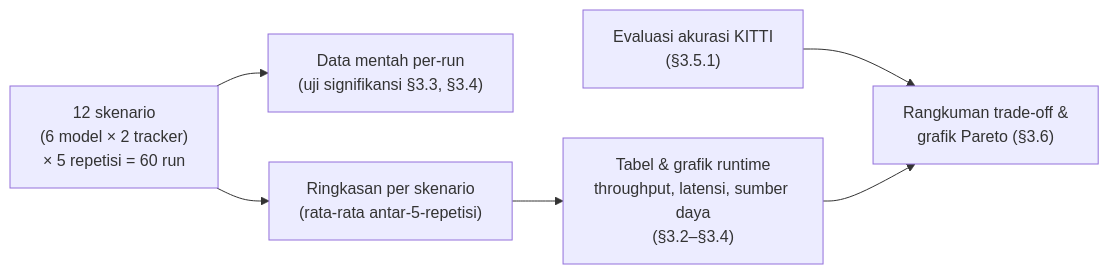
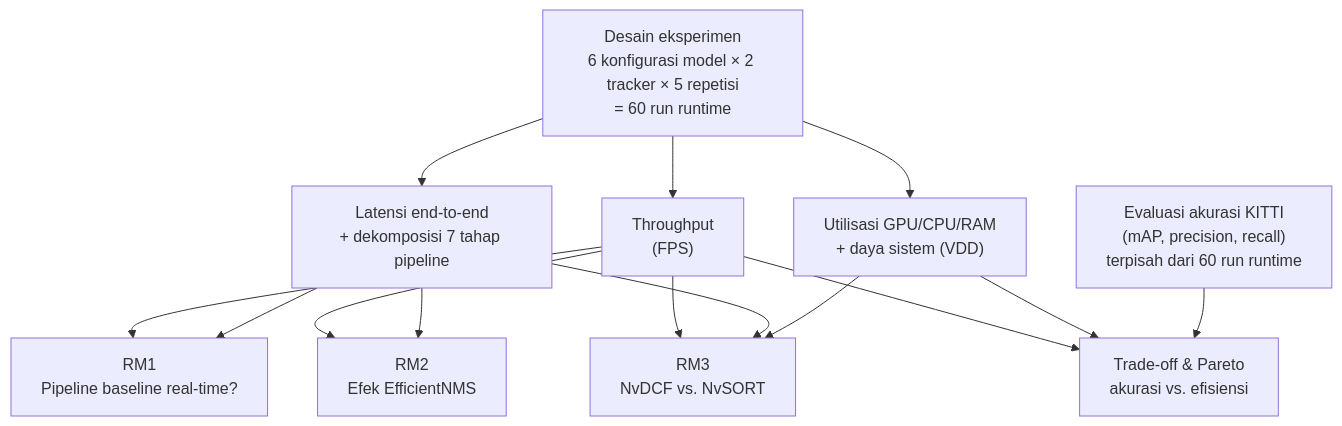
The diagram in skripsi/draft/BAB-3-Hasil-dan-Pembahasan.md (perdiDev/final-project), drawn with Mermaid before and after one commit. The commit also changed other lines of this file and 35 other files, not shown here.

````diff
--- a/skripsi/draft/BAB-3-Hasil-dan-Pembahasan.md
+++ b/skripsi/draft/BAB-3-Hasil-dan-Pembahasan.md
@@ -64,8 +70,23 @@
 ```mermaid
-flowchart LR
-    A["12 skenario<br/>(6 model × 2 tracker)<br/>× 5 repetisi = 60 run"] --> B["Data mentah per-run<br/>(uji signifikansi §3.3, §3.4)"]
-    A --> C["Ringkasan per skenario<br/>(rata-rata antar-5-repetisi)"]
-    C --> D["Tabel & grafik runtime<br/>throughput, latensi, sumber daya<br/>(§3.2–§3.4)"]
-    E["Evaluasi akurasi KITTI<br/>(§3.5.1)"] --> F["Rangkuman trade-off &<br/>grafik Pareto (§3.6)"]
-    D --> F
+flowchart TB
+    D["Desain eksperimen<br/>6 konfigurasi model × 2 tracker × 5 repetisi<br/>= 60 run runtime"]
+    ACC["Evaluasi akurasi KITTI<br/>(mAP, precision, recall)<br/>terpisah dari 60 run runtime"]
+
+    D --> FPS["Throughput<br/>(FPS)"]
+    D --> LAT["Latensi end-to-end<br/>+ dekomposisi 7 tahap pipeline"]
+    D --> RES["Utilisasi GPU/CPU/RAM<br/>+ daya sistem (VDD)"]
+
+    FPS --> S32["RM1<br/>Pipeline baseline real-time?"]
+    LAT --> S32
+
+    FPS --> S33["RM2<br/>Efek EfficientNMS"]
+    LAT --> S33
+
+    FPS --> S34["RM3<br/>NvDCF vs. NvSORT"]
+    LAT --> S34
+    RES --> S34
+
+    FPS --> S36["Trade-off & Pareto<br/>akurasi vs. efisiensi"]
+    RES --> S36
+    ACC --> S36
 ```
````
